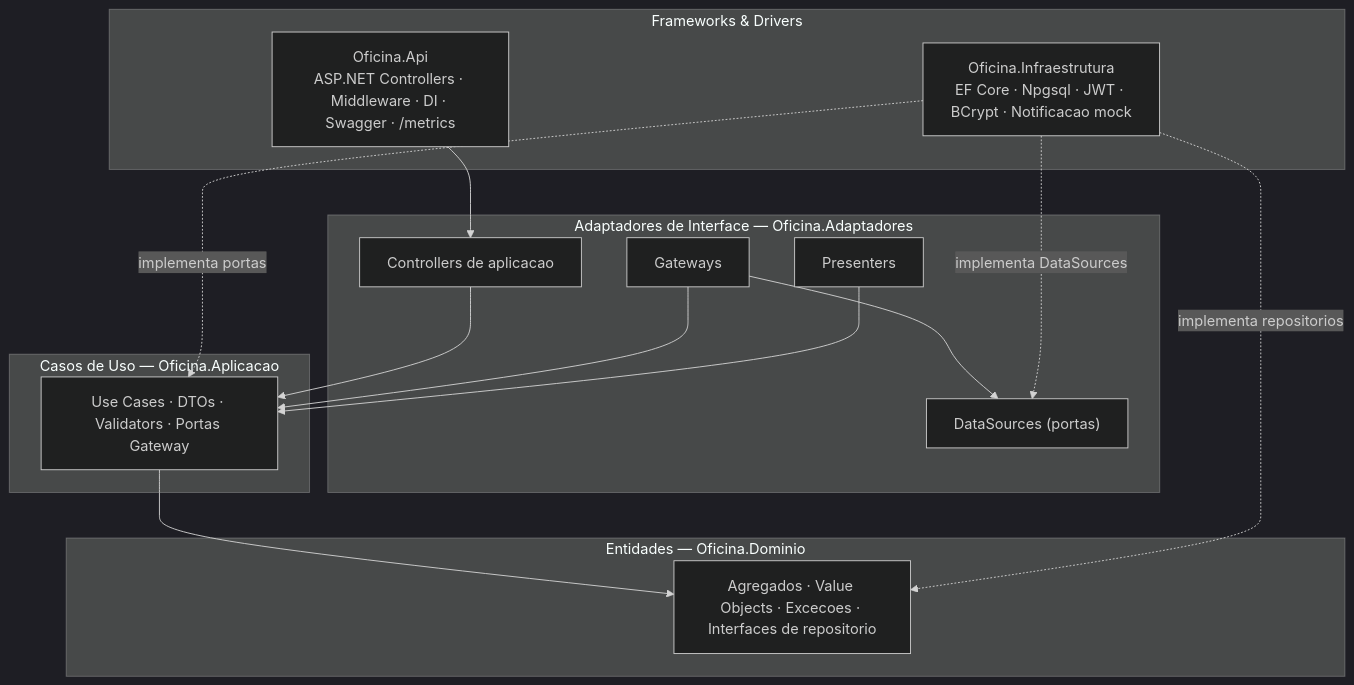
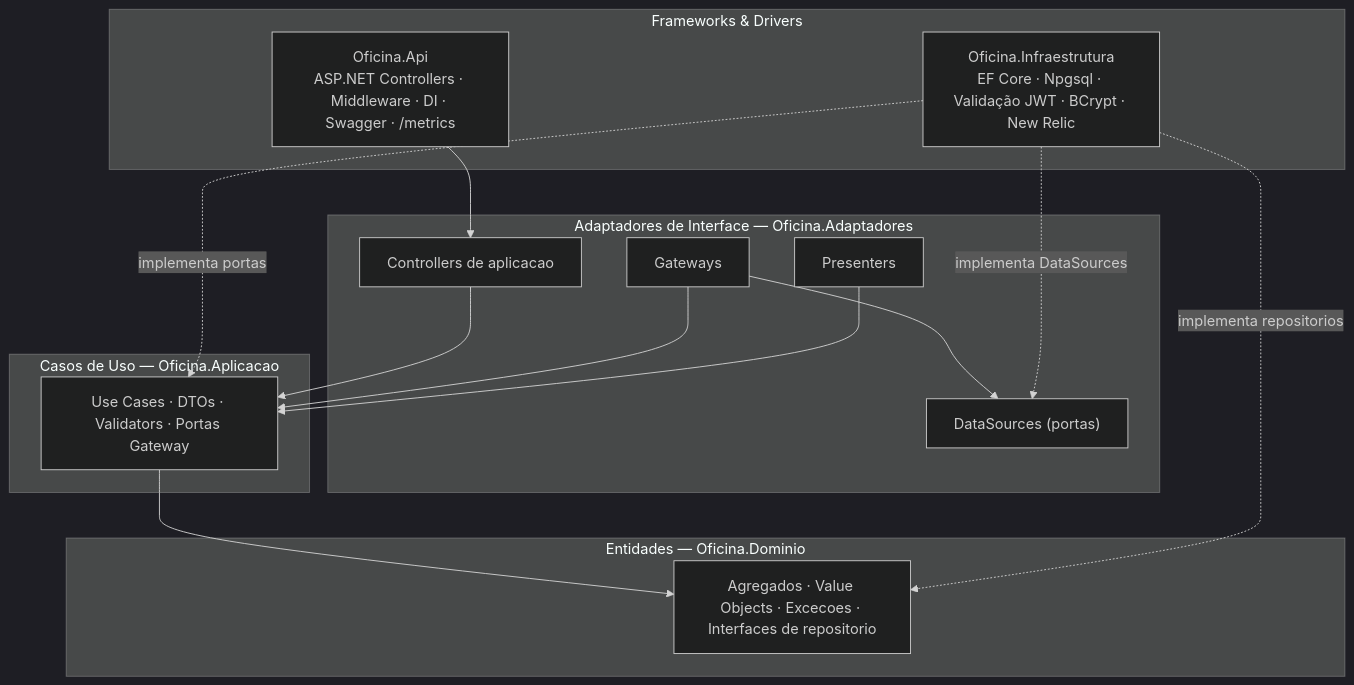
The first of 3 diagrams in README.md (lcr-thiago-fernandes/oficina-app), drawn with Mermaid (dark theme) before and after one commit. The commit also changed other lines of this file, not shown here.

````diff
--- a/README.md
+++ b/README.md
@@ -58,29 +90,29 @@
 ```mermaid
 flowchart TB
     subgraph FD["Frameworks & Drivers"]
         API["Oficina.Api<br/>ASP.NET Controllers · Middleware · DI · Swagger · /metrics"]
-        INFRA["Oficina.Infraestrutura<br/>EF Core · Npgsql · JWT · BCrypt · Notificacao mock"]
+        INFRA["Oficina.Infraestrutura<br/>EF Core · Npgsql · Validação JWT · BCrypt · New Relic"]
     end
     subgraph IA["Adaptadores de Interface — Oficina.Adaptadores"]
         CTRL["Controllers de aplicacao"]
         GW["Gateways"]
         PRES["Presenters"]
         DS["DataSources (portas)"]
     end
     subgraph CU["Casos de Uso — Oficina.Aplicacao"]
         USE["Use Cases · DTOs · Validators · Portas Gateway"]
     end
     subgraph EN["Entidades — Oficina.Dominio"]
         DOM["Agregados · Value Objects · Excecoes · Interfaces de repositorio"]
     end
 
     API --> CTRL
     CTRL --> USE
     GW --> USE
     PRES --> USE
     GW --> DS
     USE --> DOM
     INFRA -. implementa DataSources .-> DS
     INFRA -. implementa portas .-> USE
     INFRA -. implementa repositorios .-> DOM
 ```
````
